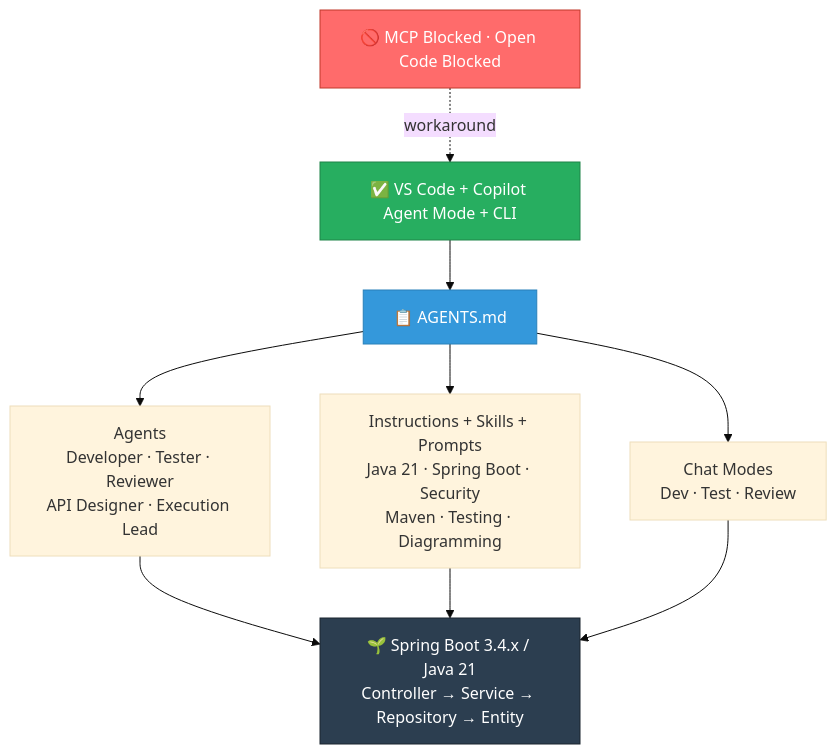
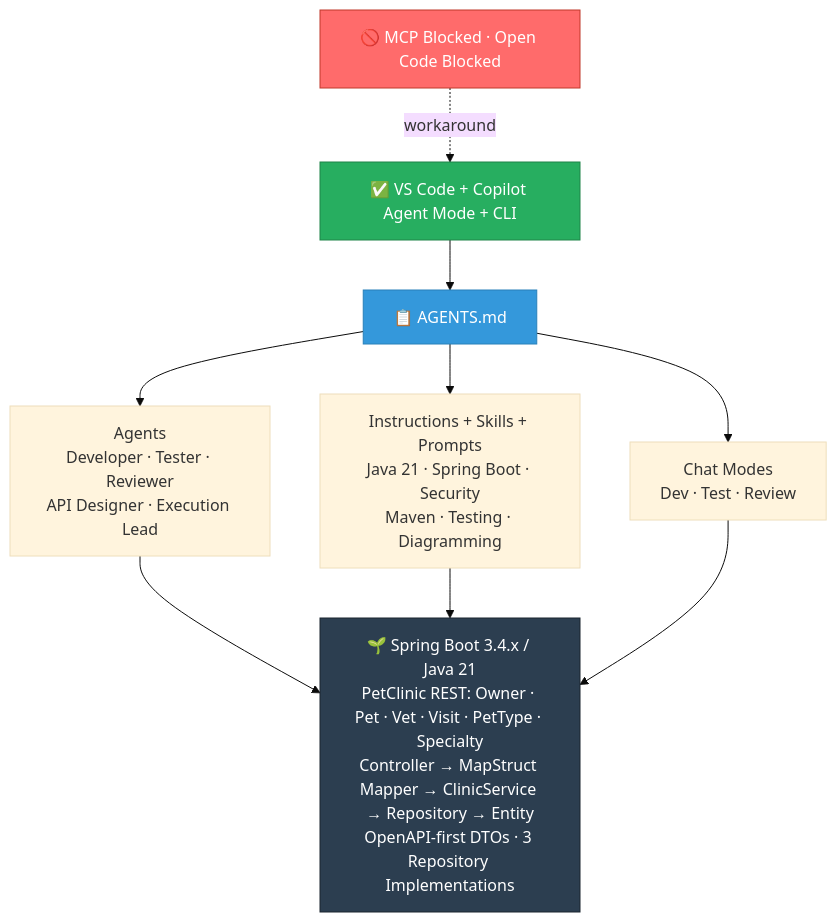
One commit to abossard/ghcp-agent-2024 changed the first of 5 diagrams in README.md. Above: the diagram before and after it, drawn with Mermaid (base theme). The commit also changed other lines of this file and 159 other files, not shown here.

````diff
--- a/README.md
+++ b/README.md
@@ -21,21 +21,21 @@
 ```mermaid
 graph TB
     BLOCK["🚫 MCP Blocked · Open Code Blocked"]
     AVAIL["✅ VS Code + Copilot Agent Mode + CLI"]
 
     BLOCK -.->|"workaround"| AVAIL
     AVAIL --> AGENTS["📋 AGENTS.md"]
 
     AGENTS --> Agents["Agents<br/>Developer · Tester · Reviewer<br/>API Designer · Execution Lead"]
     AGENTS --> Config["Instructions + Skills + Prompts<br/>Java 21 · Spring Boot · Security<br/>Maven · Testing · Diagramming"]
     AGENTS --> Modes["Chat Modes<br/>Dev · Test · Review"]
 
-    Agents --> APP["🌱 Spring Boot 3.4.x / Java 21<br/>Controller → Service → Repository → Entity"]
+    Agents --> APP["🌱 Spring Boot 3.4.x / Java 21<br/>PetClinic REST: Owner · Pet · Vet · Visit · PetType · Specialty<br/>Controller → MapStruct Mapper → ClinicService → Repository → Entity<br/>OpenAPI-first DTOs · 3 Repository Implementations"]
     Config --> APP
     Modes --> APP
 
     style BLOCK fill:#ff6b6b,stroke:#c0392b,color:#fff
     style AVAIL fill:#27ae60,stroke:#1e8449,color:#fff
     style AGENTS fill:#3498db,stroke:#2980b9,color:#fff
     style APP fill:#2c3e50,stroke:#1a252f,color:#fff
 ```
````
